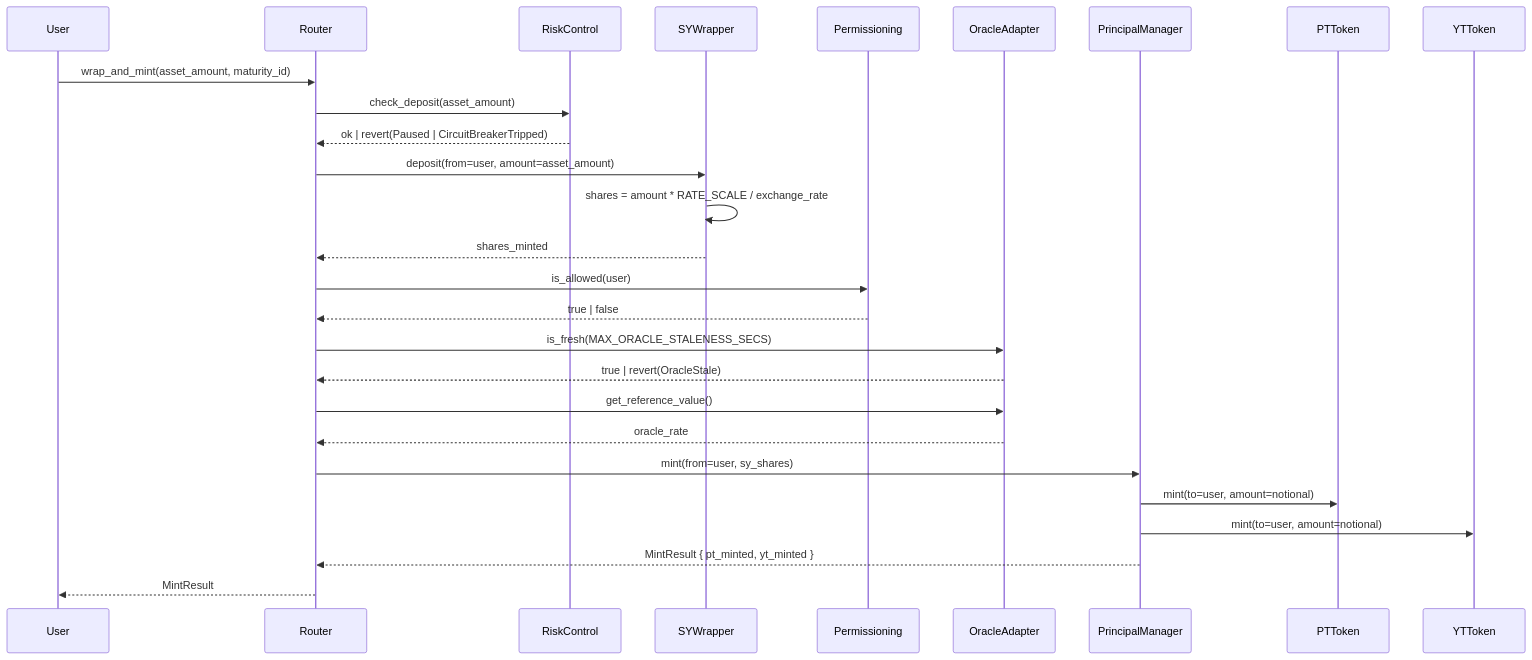
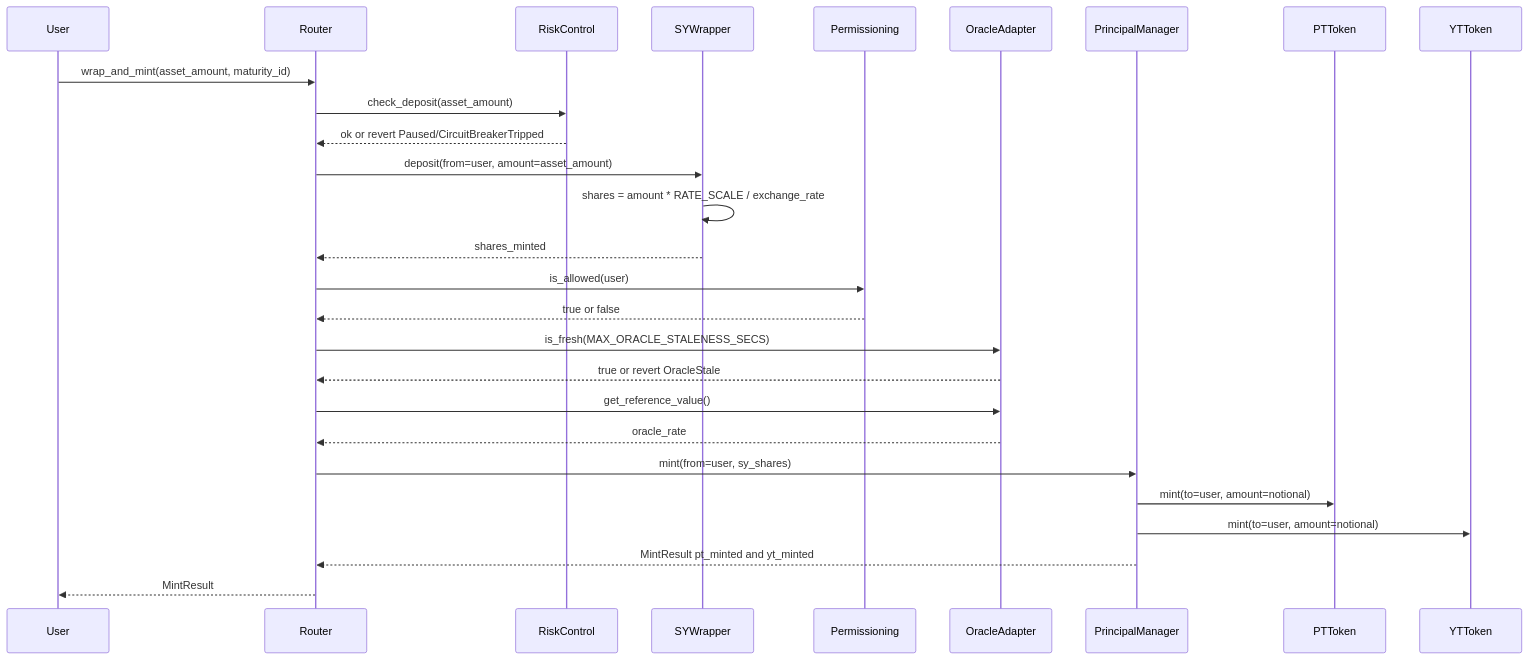
One commit to principal-Protocol-org/principal changed the second of 9 diagrams in ARCHITECTURE.md. Above: the diagram before and after it, drawn with Mermaid. The commit also changed other lines of this file, not shown here.

Commit message:
docs: expand Stellar architecture

````diff
--- a/ARCHITECTURE.md
+++ b/ARCHITECTURE.md
@@ -132,30 +132,30 @@
 ```mermaid
 sequenceDiagram
     participant U as User
     participant RT as Router
     participant RC as RiskControl
     participant SYW as SYWrapper
     participant PERM as Permissioning
     participant OA as OracleAdapter
     participant PM as PrincipalManager
     participant PT as PTToken
     participant YT as YTToken
 
     U->>RT: wrap_and_mint(asset_amount, maturity_id)
     RT->>RC: check_deposit(asset_amount)
-    RC-->>RT: ok | revert(Paused | CircuitBreakerTripped)
+    RC-->>RT: ok or revert Paused/CircuitBreakerTripped
     RT->>SYW: deposit(from=user, amount=asset_amount)
     SYW->>SYW: shares = amount * RATE_SCALE / exchange_rate
     SYW-->>RT: shares_minted
     RT->>PERM: is_allowed(user)
-    PERM-->>RT: true | false
+    PERM-->>RT: true or false
     RT->>OA: is_fresh(MAX_ORACLE_STALENESS_SECS)
-    OA-->>RT: true | revert(OracleStale)
+    OA-->>RT: true or revert OracleStale
     RT->>OA: get_reference_value()
     OA-->>RT: oracle_rate
     RT->>PM: mint(from=user, sy_shares)
     PM->>PT: mint(to=user, amount=notional)
     PM->>YT: mint(to=user, amount=notional)
-    PM-->>RT: MintResult { pt_minted, yt_minted }
+    PM-->>RT: MintResult pt_minted and yt_minted
     RT-->>U: MintResult
 ```
````
